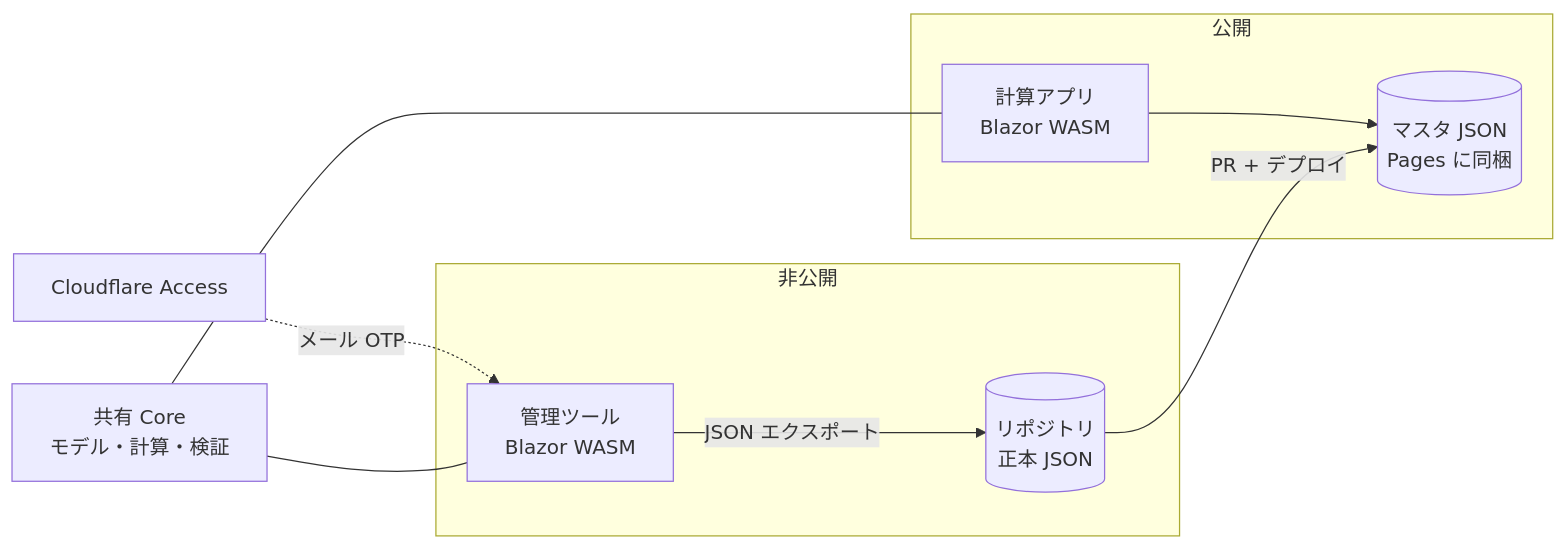
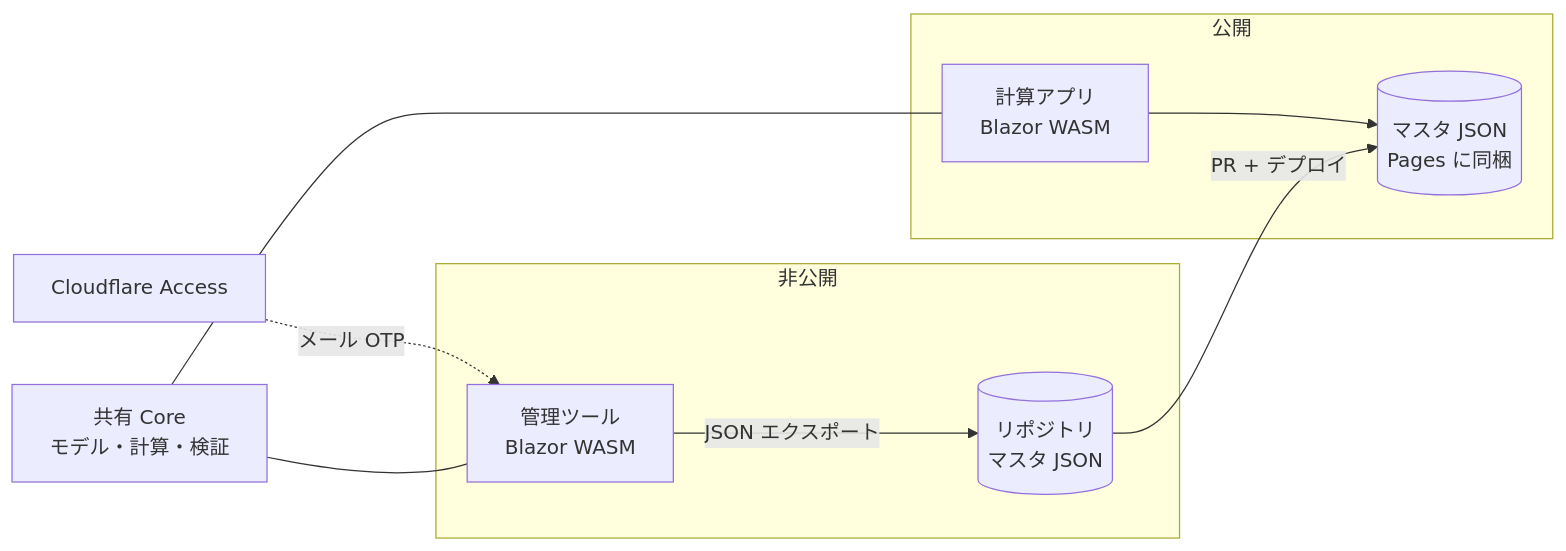
The second of 2 diagrams in docs/requirements.md (Tkg-tamagohan/Endfield-AIC-Web), drawn with Mermaid before and after one commit. The commit also changed other lines of this file and 11 other files, not shown here.

````diff
--- a/docs/requirements.md
+++ b/docs/requirements.md
@@ -247,13 +247,13 @@
 ```mermaid
 flowchart LR
     subgraph 公開
         PubApp[計算アプリ<br/>Blazor WASM] --> MasterJson[(マスタ JSON<br/>Pages に同梱)]
     end
     subgraph 非公開
-        AdminApp[管理ツール<br/>Blazor WASM] -->|JSON エクスポート| Repo[(リポジトリ<br/>正本 JSON)]
+        AdminApp[管理ツール<br/>Blazor WASM] -->|JSON エクスポート| Repo[(リポジトリ<br/>マスタ JSON)]
     end
     Access[Cloudflare Access] -.->|メール OTP| AdminApp
     Repo -->|PR + デプロイ| MasterJson
     Core[共有 Core<br/>モデル・計算・検証] --- PubApp
     Core --- AdminApp
 ```
````
